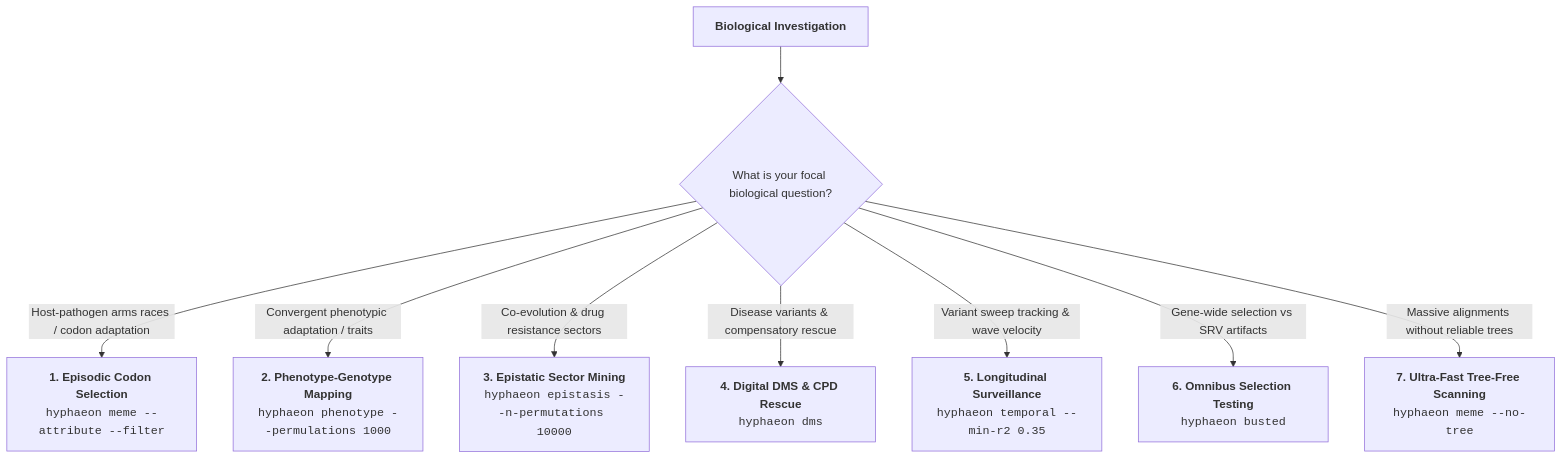
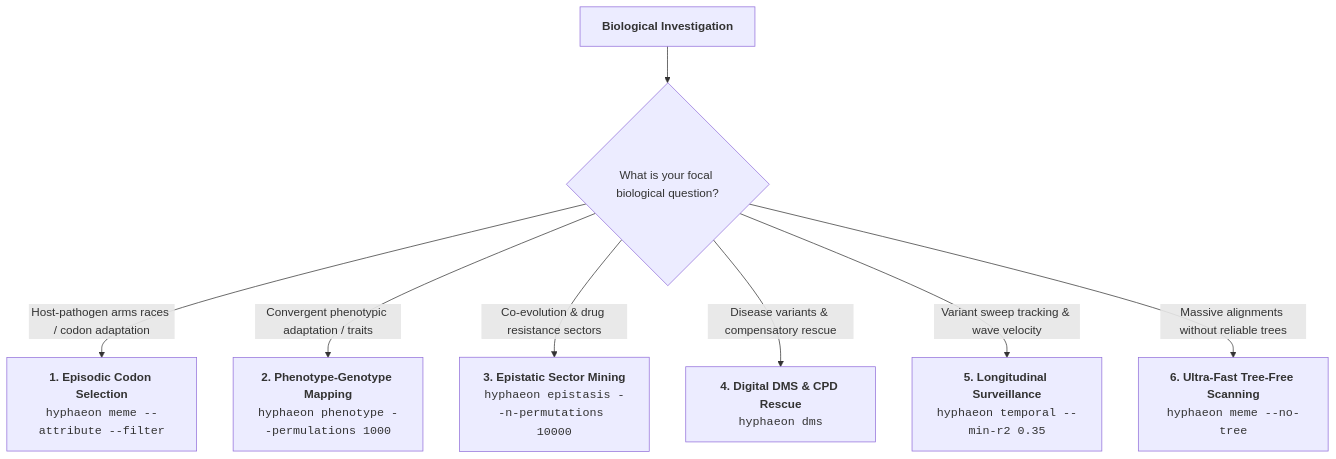
One commit to d-callan/HyphAeon changed the second of 2 diagrams in MIGRATION_GUIDE.md. Above: the diagram before and after it, drawn with Mermaid. The commit also changed other lines of this file, not shown here.

First line of the commit message:
Remove busted references from MIGRATION_GUIDE.md

````diff
--- a/MIGRATION_GUIDE.md
+++ b/MIGRATION_GUIDE.md
@@ -208,12 +189,11 @@
 ```mermaid
 graph TD
     Start["<b>Biological Investigation</b>"] --> Q1{"What is your focal biological question?"}
 
     Q1 -->|"Host-pathogen arms races / codon adaptation"| A1["<b>1. Episodic Codon Selection</b><br/><code>hyphaeon meme --attribute --filter</code>"]
     Q1 -->|"Convergent phenotypic adaptation / traits"| A2["<b>2. Phenotype-Genotype Mapping</b><br/><code>hyphaeon phenotype --permulations 1000</code>"]
     Q1 -->|"Co-evolution & drug resistance sectors"| A3["<b>3. Epistatic Sector Mining</b><br/><code>hyphaeon epistasis --n-permutations 10000</code>"]
     Q1 -->|"Disease variants & compensatory rescue"| A4["<b>4. Digital DMS & CPD Rescue</b><br/><code>hyphaeon dms</code>"]
     Q1 -->|"Variant sweep tracking & wave velocity"| A5["<b>5. Longitudinal Surveillance</b><br/><code>hyphaeon temporal --min-r2 0.35</code>"]
-    Q1 -->|"Gene-wide selection vs SRV artifacts"| A6["<b>6. Omnibus Selection Testing</b><br/><code>hyphaeon busted</code>"]
-    Q1 -->|"Massive alignments without reliable trees"| A7["<b>7. Ultra-Fast Tree-Free Scanning</b><br/><code>hyphaeon meme --no-tree</code>"]
+    Q1 -->|"Massive alignments without reliable trees"| A6["<b>6. Ultra-Fast Tree-Free Scanning</b><br/><code>hyphaeon meme --no-tree</code>"]
 ```
````
